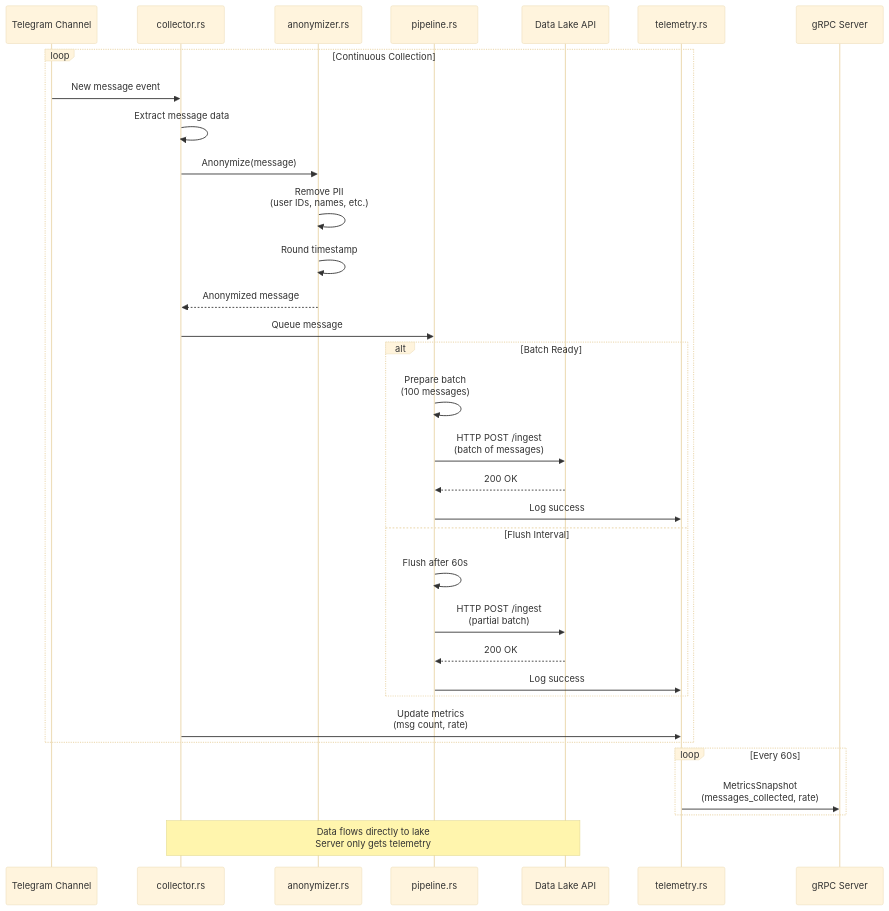
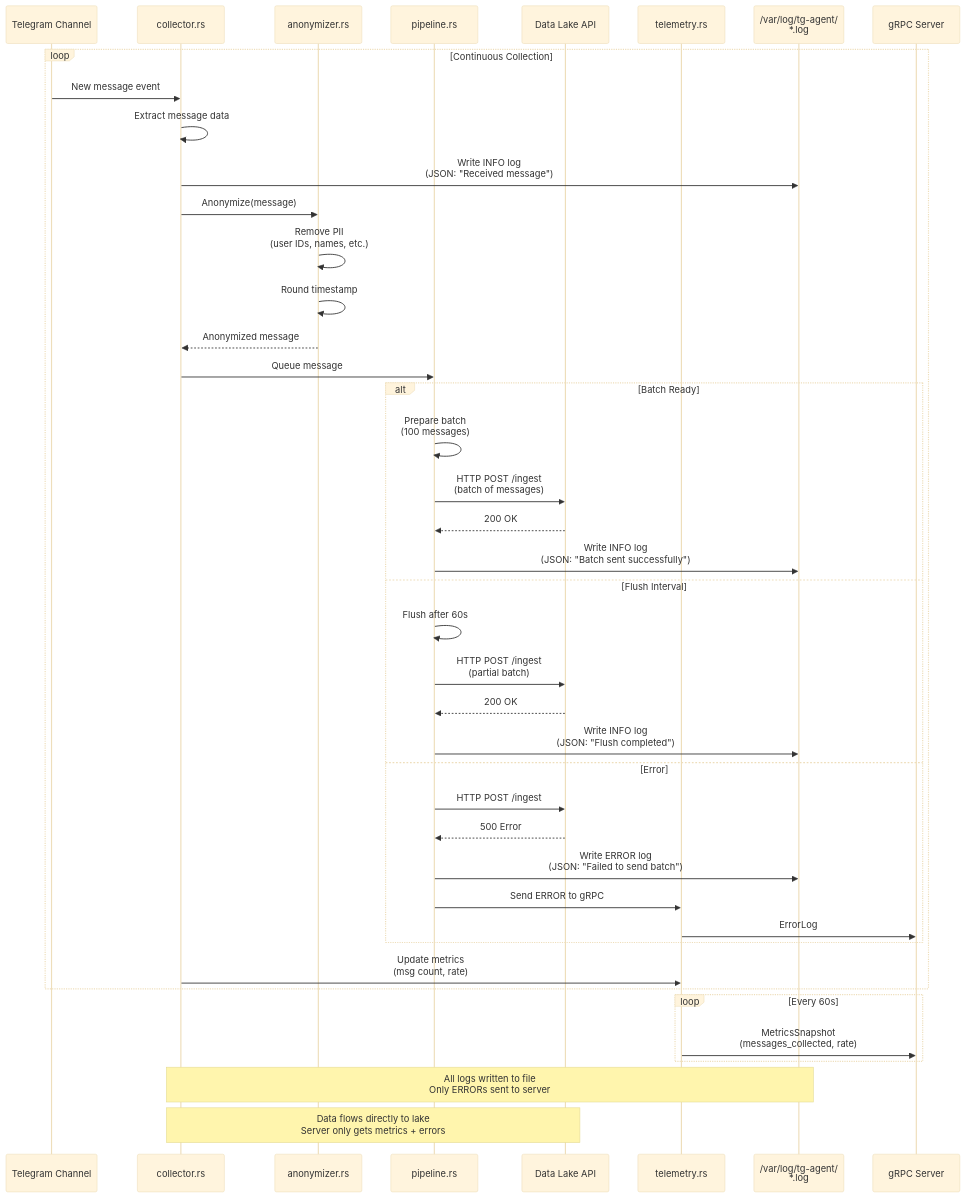
Before and after one commit to muminoff/tg-agent-experiment: the eighth of 8 diagrams in GRPC_DESIGN.md, drawn with Mermaid (base theme). The commit also changed other lines of this file, not shown here.

First line of the commit message:
Update gRPC design: file-based logging with ERROR-only gRPC telemetry

````diff
--- a/GRPC_DESIGN.md
+++ b/GRPC_DESIGN.md
@@ -1004,42 +1140,51 @@
 ```mermaid
 sequenceDiagram
     participant TG as Telegram Channel
     participant Collector as collector.rs
     participant Anonymizer as anonymizer.rs
     participant Pipeline as pipeline.rs
     participant DataLake as Data Lake API
     participant Telemetry as telemetry.rs
+    participant LogFile as /var/log/tg-agent/<br/>*.log
     participant Server as gRPC Server
 
     loop Continuous Collection
         TG->>Collector: New message event
         Collector->>Collector: Extract message data
+        Collector->>LogFile: Write INFO log<br/>(JSON: "Received message")
 
         Collector->>Anonymizer: Anonymize(message)
         Anonymizer->>Anonymizer: Remove PII<br/>(user IDs, names, etc.)
         Anonymizer->>Anonymizer: Round timestamp
         Anonymizer-->>Collector: Anonymized message
 
         Collector->>Pipeline: Queue message
 
         alt Batch Ready
             Pipeline->>Pipeline: Prepare batch<br/>(100 messages)
             Pipeline->>DataLake: HTTP POST /ingest<br/>(batch of messages)
             DataLake-->>Pipeline: 200 OK
-            Pipeline->>Telemetry: Log success
+            Pipeline->>LogFile: Write INFO log<br/>(JSON: "Batch sent successfully")
         else Flush Interval
             Pipeline->>Pipeline: Flush after 60s
             Pipeline->>DataLake: HTTP POST /ingest<br/>(partial batch)
             DataLake-->>Pipeline: 200 OK
-            Pipeline->>Telemetry: Log success
+            Pipeline->>LogFile: Write INFO log<br/>(JSON: "Flush completed")
+        else Error
+            Pipeline->>DataLake: HTTP POST /ingest
+            DataLake-->>Pipeline: 500 Error
+            Pipeline->>LogFile: Write ERROR log<br/>(JSON: "Failed to send batch")
+            Pipeline->>Telemetry: Send ERROR to gRPC
+            Telemetry->>Server: ErrorLog
         end
 
         Collector->>Telemetry: Update metrics<br/>(msg count, rate)
     end
 
     loop Every 60s
         Telemetry->>Server: MetricsSnapshot<br/>(messages_collected, rate)
     end
 
-    Note over Collector,DataLake: Data flows directly to lake<br/>Server only gets telemetry
+    Note over Collector,LogFile: All logs written to file<br/>Only ERRORs sent to server
+    Note over Collector,DataLake: Data flows directly to lake<br/>Server only gets metrics + errors
 ```
````
